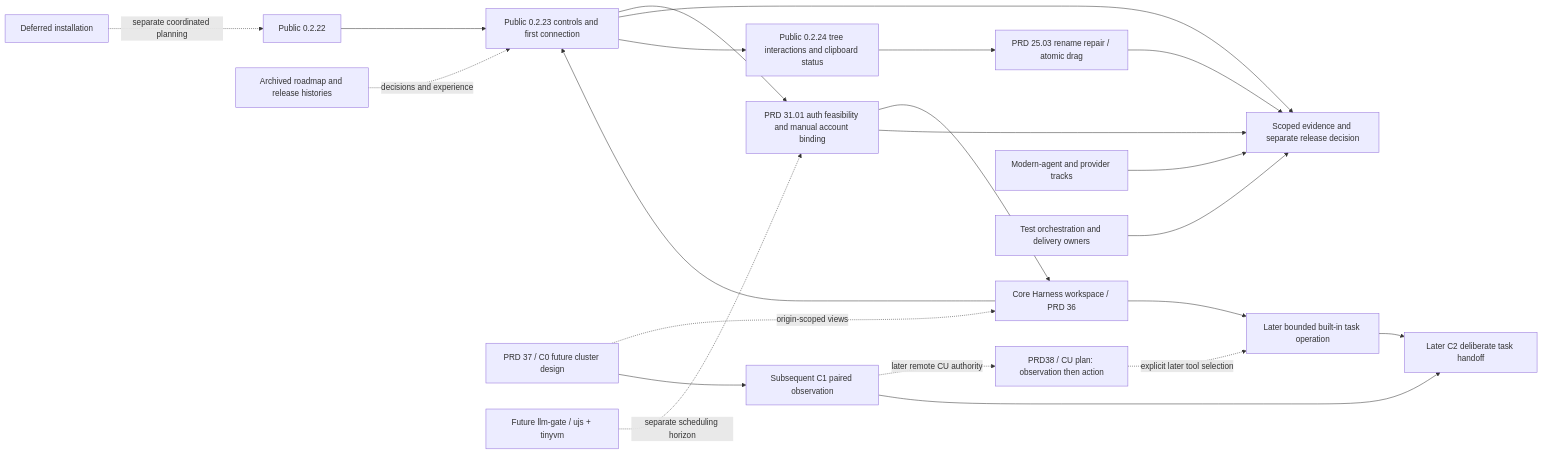
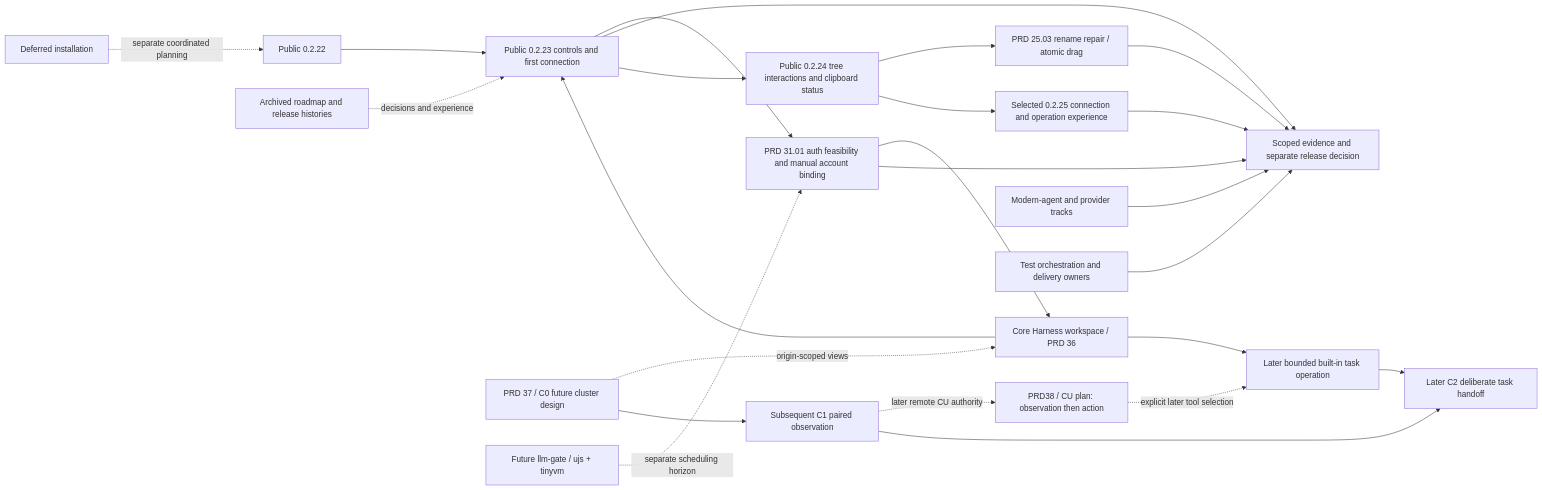
The diagram in plan/plan-v0.2.x-product-roadmap.md (partnernetsoftware/minicon), drawn with Mermaid before and after one commit. The commit also changed other lines of this file and 10 other files, not shown here.

Commit message:
Start 0.2.25 development and plan connection experience

````diff
--- a/plan/plan-v0.2.x-product-roadmap.md
+++ b/plan/plan-v0.2.x-product-roadmap.md
@@ -36,24 +39,26 @@
 ```mermaid
 flowchart LR
     B[Public 0.2.22] --> P[Public 0.2.23 controls and first connection]
     P --> A[PRD 31.01 auth feasibility and manual account binding]
     V[Core Harness workspace / PRD 36] --> P
     A --> V
     V --> L[Later bounded built-in task operation]
     CL[PRD 37 / C0 future cluster design] -. origin-scoped views .-> V
     CL --> CP[Subsequent C1 paired observation]
     CU[PRD38 / CU plan: observation then action] -. explicit later tool selection .-> L
     CP -. later remote CU authority .-> CU
     L --> CT[Later C2 deliberate task handoff]
     CP --> CT
     A --> Q
     F[Future llm-gate / ujs + tinyvm] -. separate scheduling horizon .-> A
     P --> Q[Scoped evidence and separate release decision]
     P --> NEXT[Public 0.2.24 tree interactions and clipboard status]
     NEXT --> TREE[PRD 25.03 rename repair / atomic drag]
     TREE --> Q
+    NEXT --> V25[Selected 0.2.25 connection and operation experience]
+    V25 --> Q
     T[Modern-agent and provider tracks] --> Q
     O[Test orchestration and delivery owners] --> Q
     H[Archived roadmap and release histories] -. decisions and experience .-> P
     I[Deferred installation] -. separate coordinated planning .-> B
 ```
````
